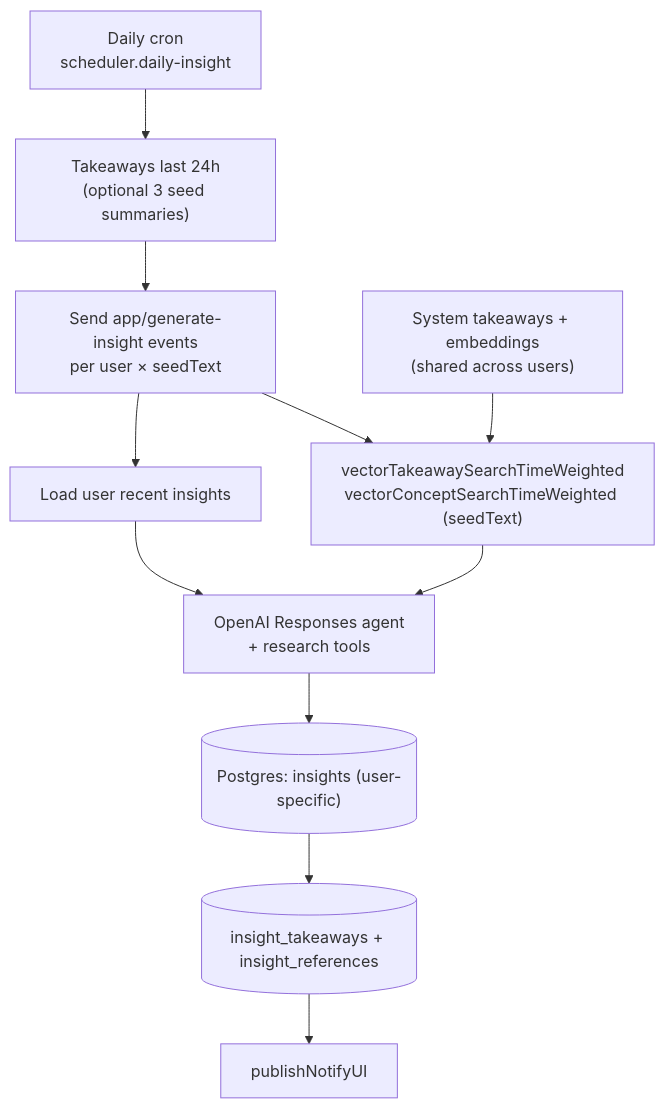
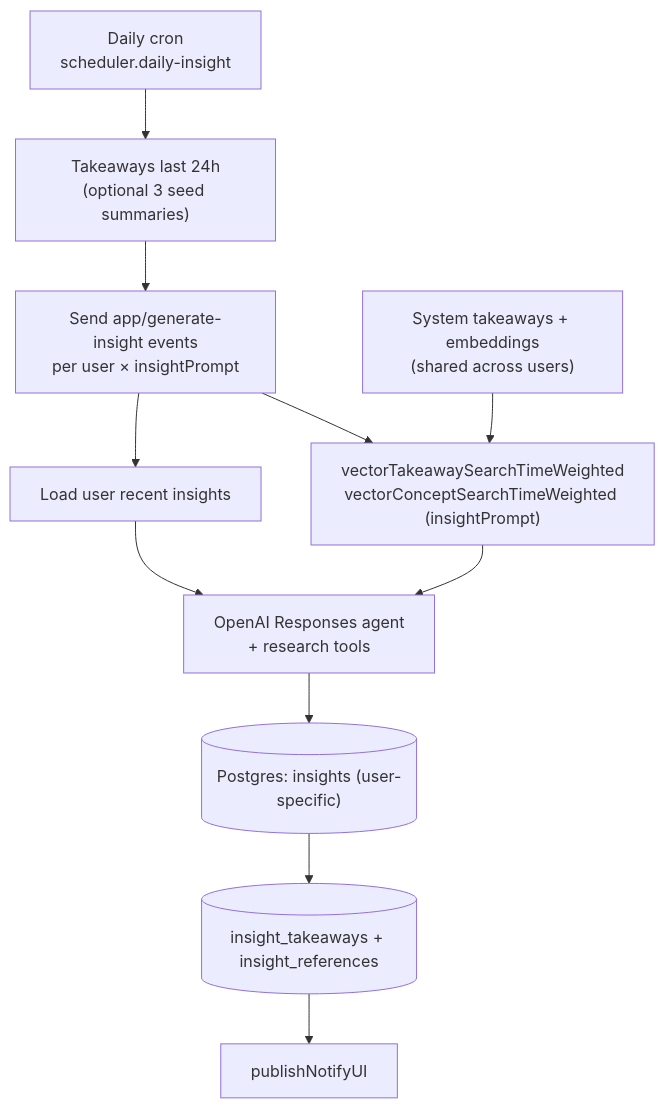
Before and after one commit to starmode-base/expert-system: the second of 2 diagrams in INSIGHT_GENERATION_BACKEND_FLOW.md, drawn with Mermaid. The commit also changed other lines of this file and 7 other files, not shown here.

Commit message:
remove seedText

````diff
--- a/INSIGHT_GENERATION_BACKEND_FLOW.md
+++ b/INSIGHT_GENERATION_BACKEND_FLOW.md
@@ -150,14 +150,14 @@
 ```mermaid
 flowchart TD
   T["System takeaways + embeddings\n(shared across users)"]
   A["Daily cron\nscheduler.daily-insight"] --> B["Takeaways last 24h\n(optional 3 seed summaries)"]
-  B --> C["Send app/generate-insight events\nper user × seedText"]
+  B --> C["Send app/generate-insight events\nper user × insightPrompt"]
   C --> D["Load user recent insights"]
-  C --> E["vectorTakeawaySearchTimeWeighted\nvectorConceptSearchTimeWeighted (seedText)"]
+  C --> E["vectorTakeawaySearchTimeWeighted\nvectorConceptSearchTimeWeighted (insightPrompt)"]
   T --> E
   D --> F["OpenAI Responses agent\n+ research tools"]
   E --> F
   F --> G[("Postgres: insights (user-specific)")]
   G --> H[("insight_takeaways + insight_references")]
   H --> I["publishNotifyUI"]
 ```
````
